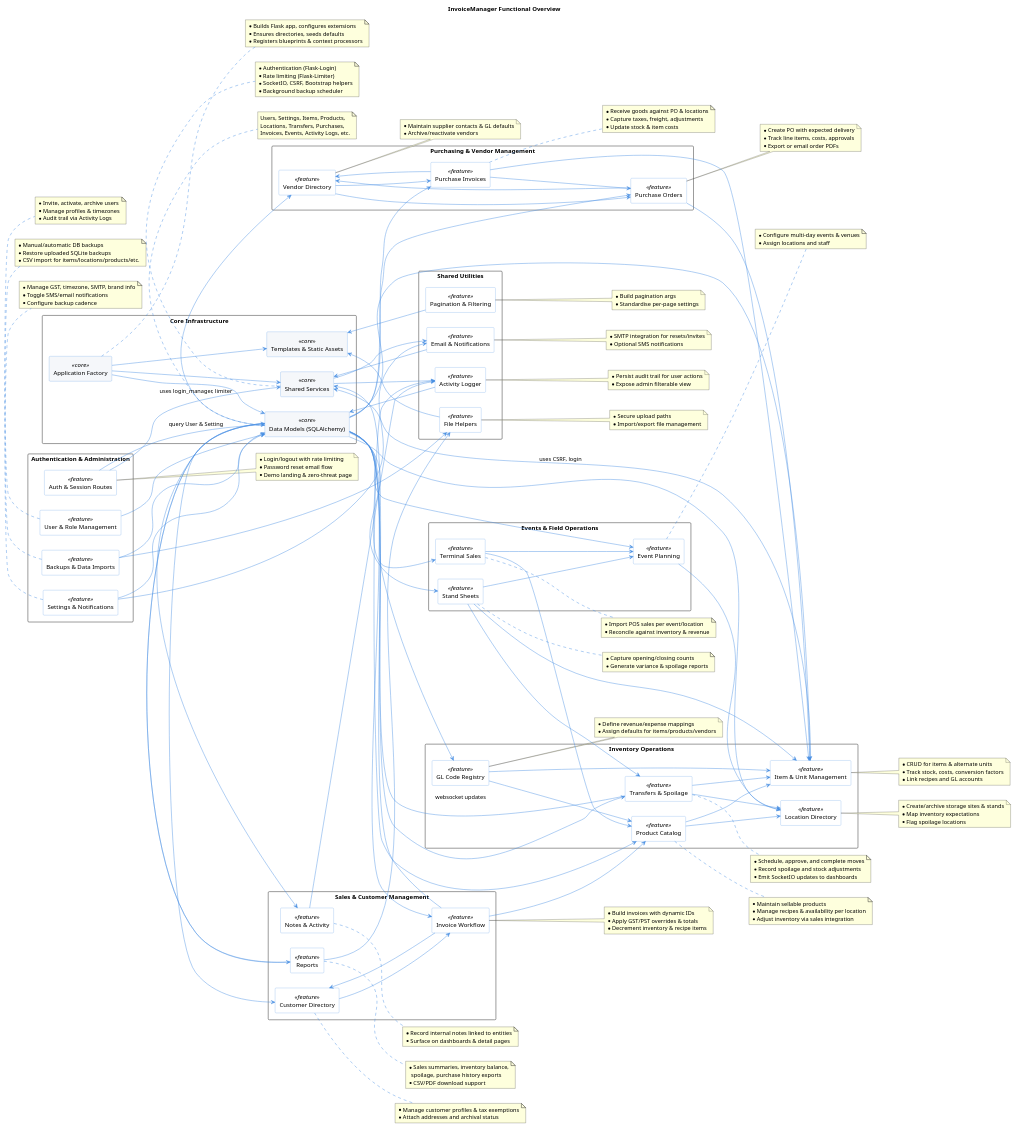
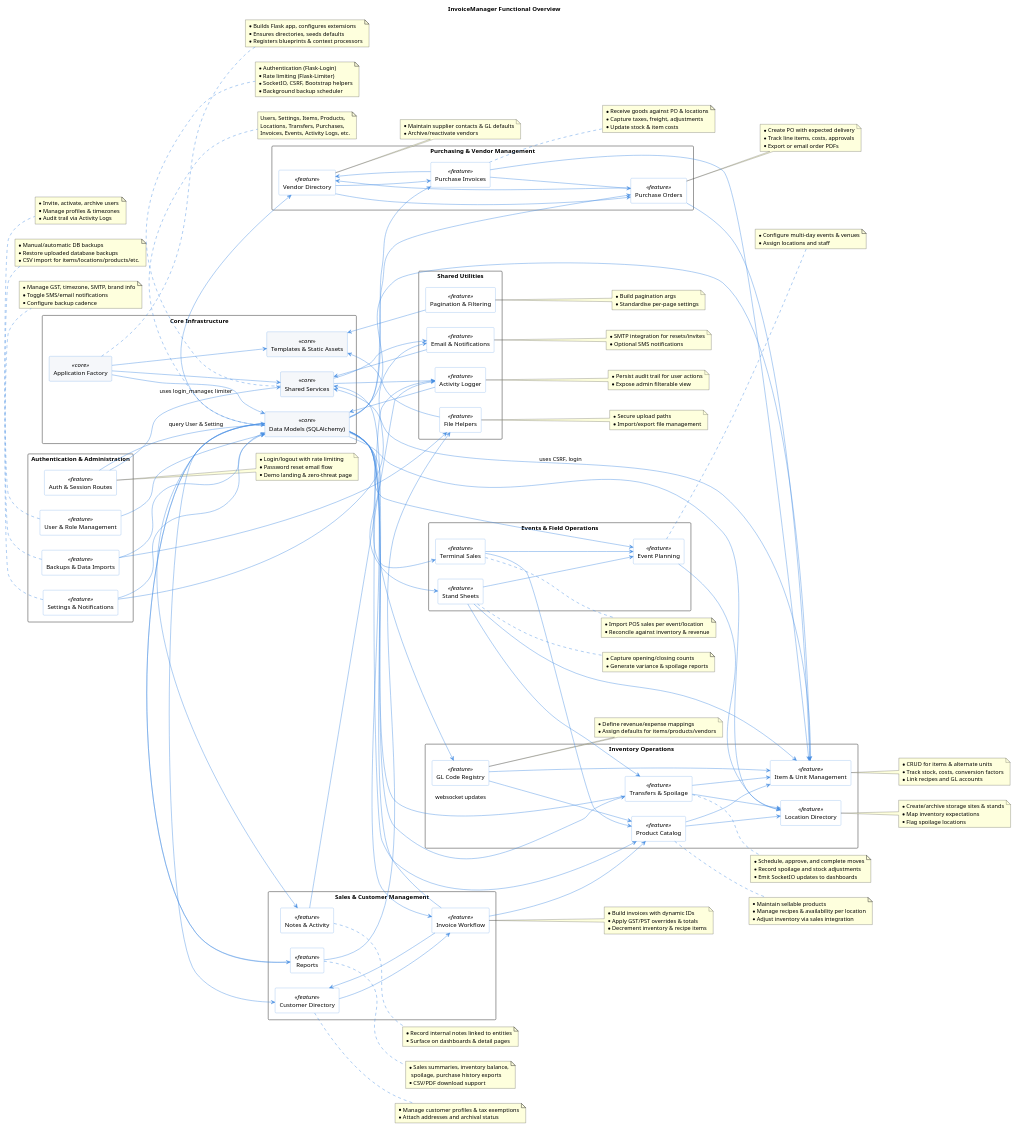
One commit to 0xCarti/InvoiceManager-Postgres changed the diagram in docs/app-overview.puml. Above: the diagram before and after it, drawn with PlantUML. The commit also changed 2 other files, not shown here.

```diff
--- a/docs/app-overview.puml
+++ b/docs/app-overview.puml
@@ -61,7 +61,7 @@
 
 note bottom of BackupImports
   * Manual/automatic DB backups
-  * Restore uploaded SQLite backups
+  * Restore uploaded database backups
   * CSV import for items/locations/products/etc.
 end note
 
```
